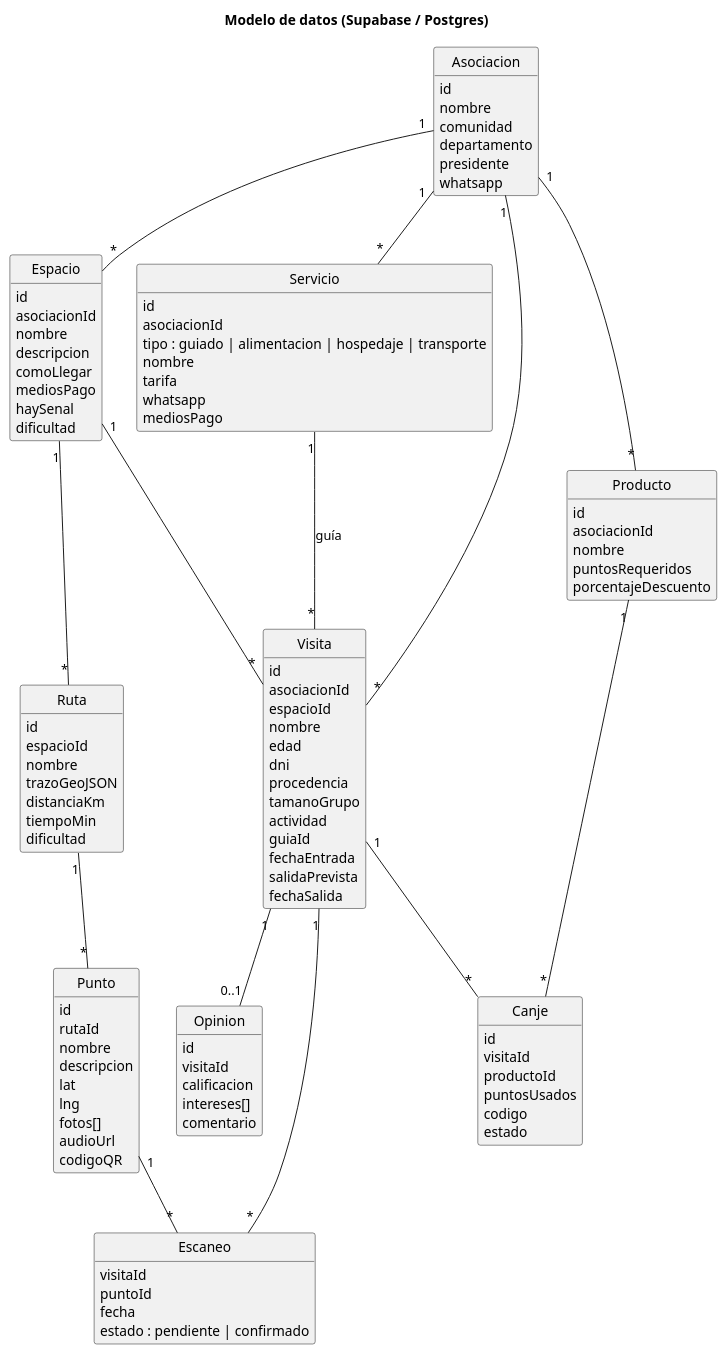
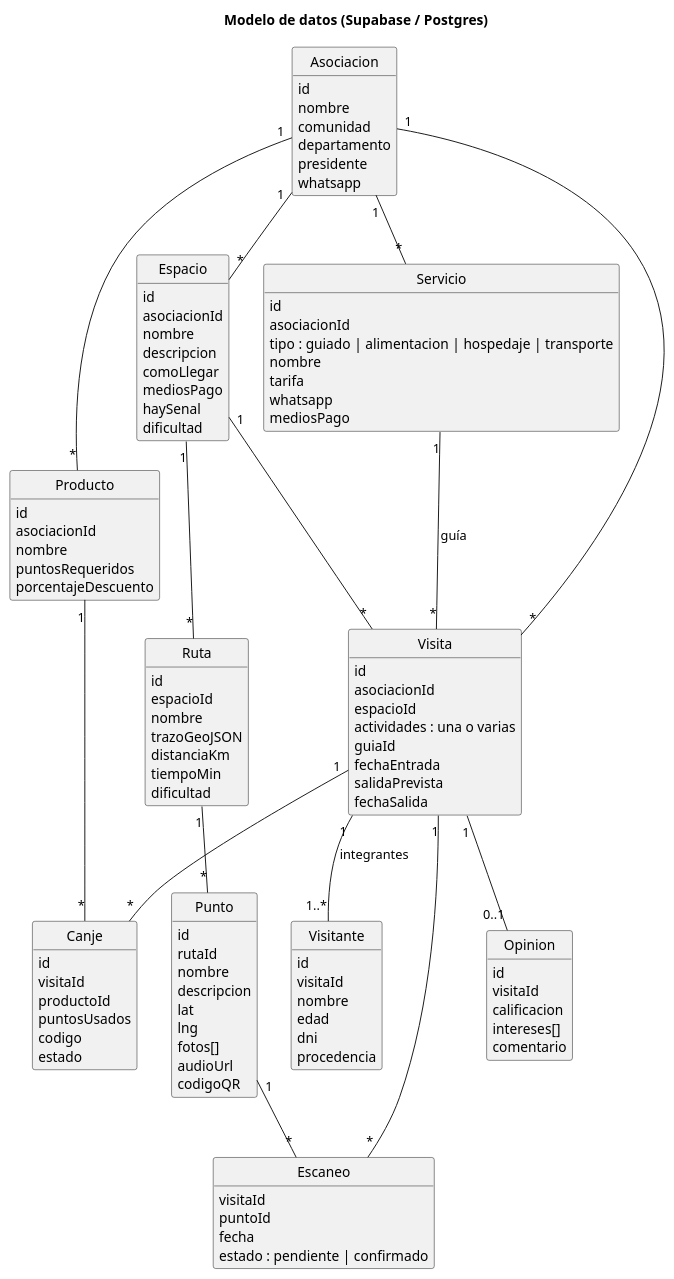
The diagram in docs/diagramas/4-modelo-de-datos.puml (micioner2/explorador-bosque-seco), drawn with PlantUML before and after one commit. The commit also changed 13 other files, not shown here.

```diff
--- a/docs/diagramas/4-modelo-de-datos.puml
+++ b/docs/diagramas/4-modelo-de-datos.puml
@@ -1,122 +1,129 @@
 @startuml modelo_datos
 title Modelo de datos (Supabase / Postgres)
 skinparam shadowing false
 skinparam defaultFontName Arial
 hide methods
 hide circle
 
 class Asociacion {
   id
   nombre
   comunidad
   departamento
   presidente
   whatsapp
 }
 
 class Espacio {
   id
   asociacionId
   nombre
   descripcion
   comoLlegar
   mediosPago
   haySenal
   dificultad
 }
 
 class Ruta {
   id
   espacioId
   nombre
   trazoGeoJSON
   distanciaKm
   tiempoMin
   dificultad
 }
 
 class Punto {
   id
   rutaId
   nombre
   descripcion
   lat
   lng
   fotos[]
   audioUrl
   codigoQR
 }
 
 class Servicio {
   id
   asociacionId
   tipo : guiado | alimentacion | hospedaje | transporte
   nombre
   tarifa
   whatsapp
   mediosPago
 }
 
 class Visita {
   id
+  token (QR único del grupo)
   asociacionId
   espacioId
+  actividades : una o varias
+  guiaId
+  fechaEntrada
+  salidaPrevista
+  fechaSalida
+}
+
+class Visitante {
+  id
+  visitaId
+  orden (0 = responsable)
   nombre
   edad
   dni
   procedencia
-  tamanoGrupo
-  actividad
-  guiaId
-  fechaEntrada
-  salidaPrevista
-  fechaSalida
 }
 
 class Escaneo {
   id (UUID del celular)
   visitaId
   puntoId
   fecha
   estado : pendiente | confirmado
 }
 
 class Producto {
   id
   asociacionId
   nombre
   puntosRequeridos
   porcentajeDescuento
 }
 
 class Canje {
   id
   visitaId
   productoId
   puntosUsados
   codigo
   estado
 }
 
 class Opinion {
   id
   visitaId
   calificacion
   intereses[]
   comentario
 }
 
 Asociacion "1" -- "*" Espacio
 Asociacion "1" -- "*" Servicio
 Asociacion "1" -- "*" Visita
 Espacio "1" -- "*" Ruta
 Ruta "1" -- "*" Punto
 Espacio "1" -- "*" Visita
 Servicio "1" -- "*" Visita : guía
+Visita "1" -- "1..*" Visitante : integrantes
 Visita "1" -- "*" Escaneo
 Punto "1" -- "*" Escaneo
 Visita "1" -- "0..1" Opinion
 Asociacion "1" -- "*" Producto
 Visita "1" -- "*" Canje
 Producto "1" -- "*" Canje
 @enduml
```
